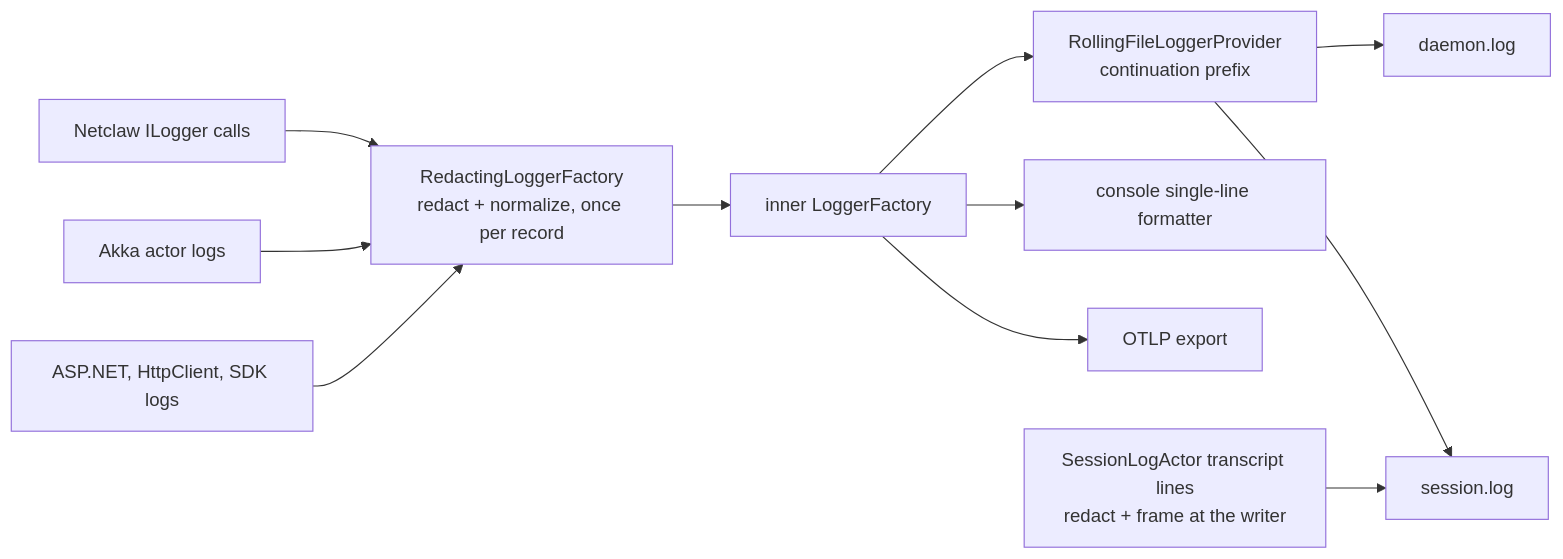
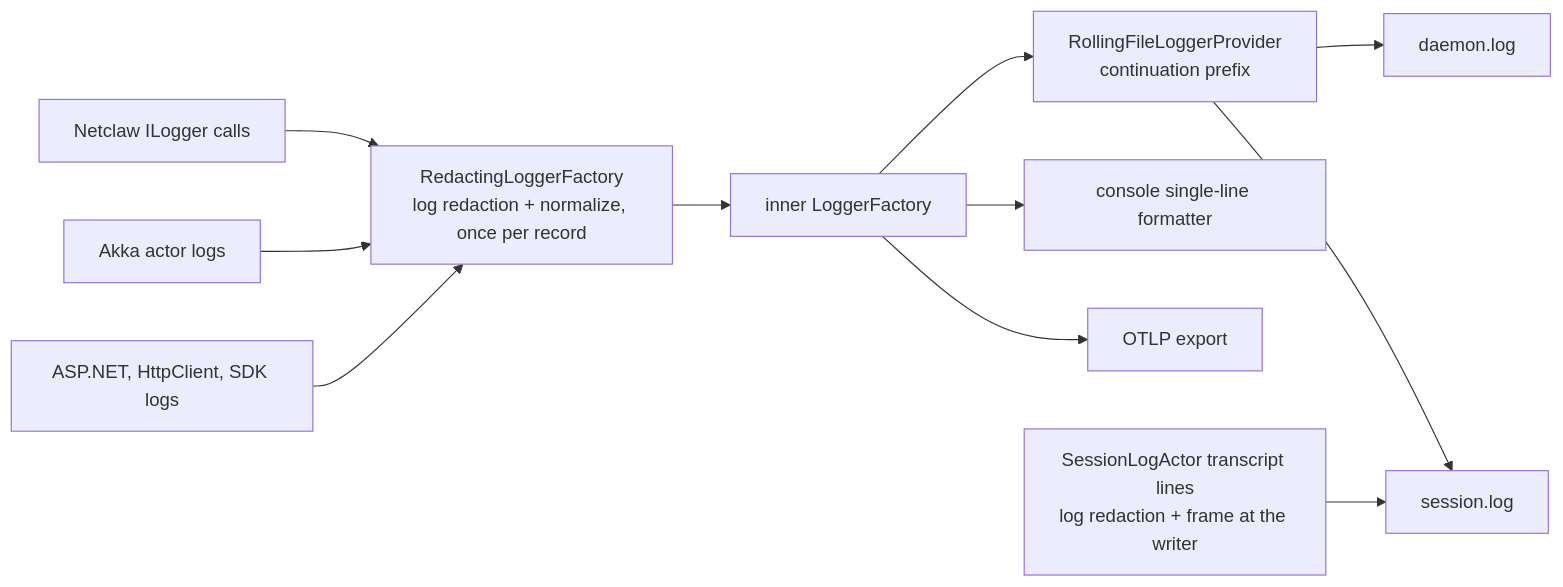
The diagram in docs/architecture/text-safety.md (netclaw-dev/netclaw), drawn with Mermaid before and after one commit. The commit also changed other lines of this file and 34 other files, not shown here.

First line of the commit message:
fix(logging): close the log redaction gaps of #2770 (#2789)

````diff
--- a/docs/architecture/text-safety.md
+++ b/docs/architecture/text-safety.md
@@ -64,13 +88,13 @@
 ```mermaid
 flowchart LR
     A[Netclaw ILogger calls] --> F
     B[Akka actor logs] --> F
     C[ASP.NET, HttpClient, SDK logs] --> F
-    F["RedactingLoggerFactory<br/>redact + normalize, once per record"] --> L[inner LoggerFactory]
+    F["RedactingLoggerFactory<br/>log redaction + normalize, once per record"] --> L[inner LoggerFactory]
     L --> D["RollingFileLoggerProvider<br/>continuation prefix"]
     L --> K[console single-line formatter]
     L --> O[OTLP export]
     D --> DL[daemon.log]
     D --> SL[session.log]
-    T["SessionLogActor transcript lines<br/>redact + frame at the writer"] --> SL
+    T["SessionLogActor transcript lines<br/>log redaction + frame at the writer"] --> SL
 ```
````
